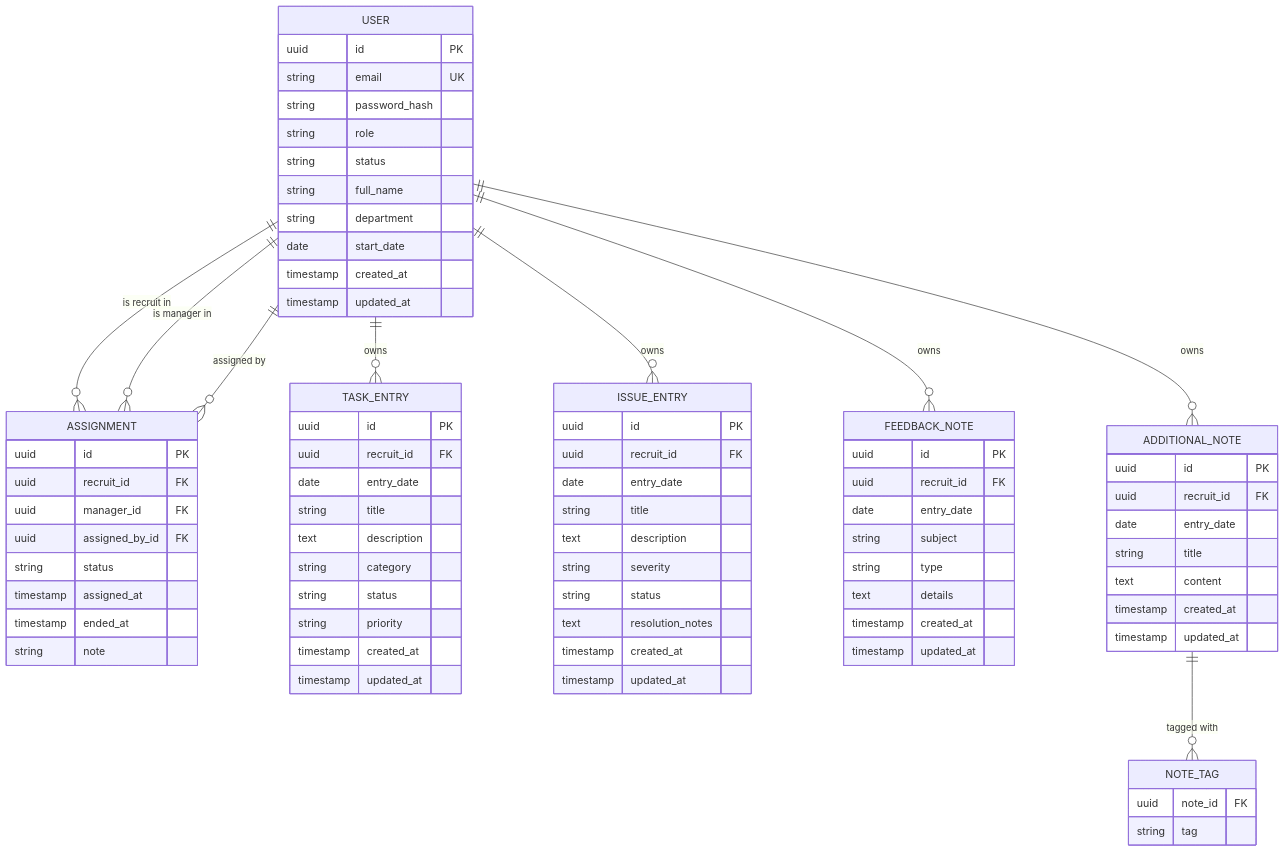
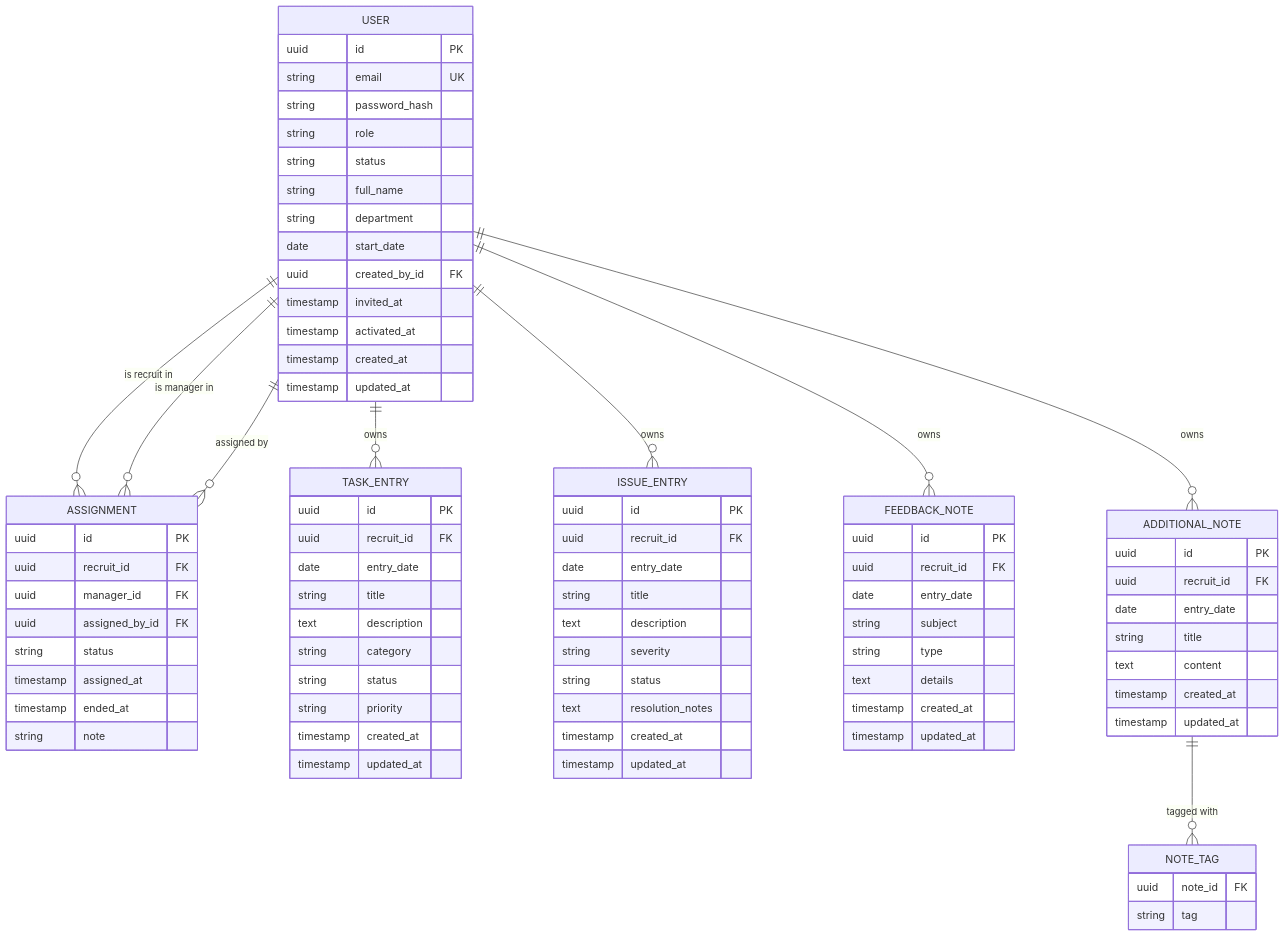
The fifth of 6 diagrams in docs/detailed-requirements.md (codev-workshops/onboarding-diary), drawn with Mermaid before and after one commit. The commit also changed other lines of this file and 2 other files, not shown here.

Commit message:
Docs: admin-provisioned INVITED accounts, signup completes invited user; clarify 3NF, Profile-as-columns and entry ownership

```diff
--- a/docs/detailed-requirements.md
+++ b/docs/detailed-requirements.md
@@ -194,6 +209,9 @@
         string full_name
         string department
         date start_date
+        uuid created_by_id FK
+        timestamp invited_at
+        timestamp activated_at
         timestamp created_at
         timestamp updated_at
     }
```
